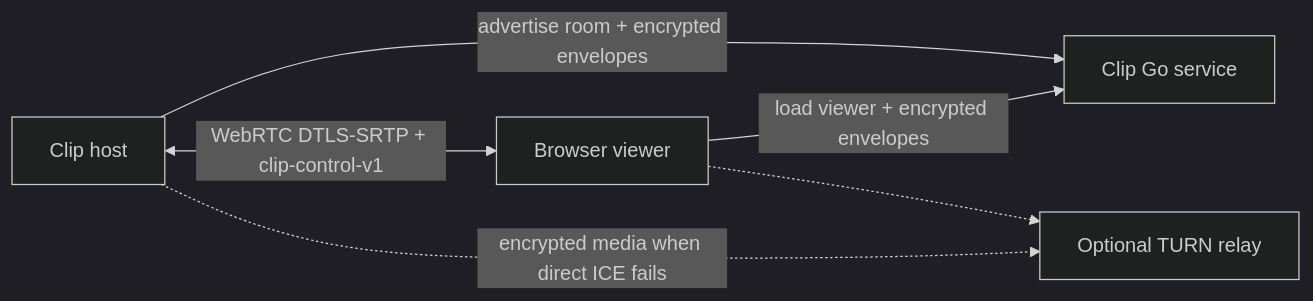
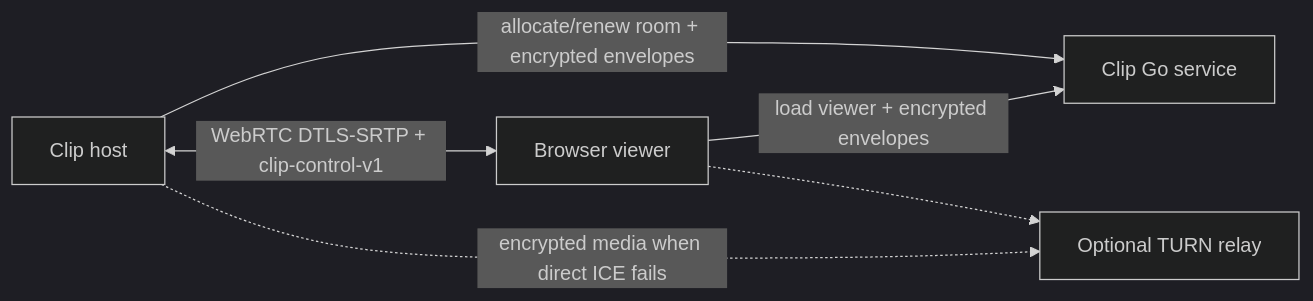
Before and after one commit to tomas-lejdung/Clip: the diagram in docs/live-share-architecture.md, drawn with Mermaid (dark theme). The commit also changed other lines of this file and 52 other files, not shown here.

````diff
--- a/docs/live-share-architecture.md
+++ b/docs/live-share-architecture.md
@@ -30,8 +30,8 @@
 ```mermaid
 flowchart LR
-    C["Clip host"] -->|"advertise room + encrypted envelopes"| S["Clip Go service"]
+    C["Clip host"] -->|"allocate/renew room + encrypted envelopes"| S["Clip Go service"]
     B["Browser viewer"] -->|"load viewer + encrypted envelopes"| S
     C <-->|"WebRTC DTLS-SRTP + clip-control-v1"| B
     C -.->|"encrypted media when direct ICE fails"| T["Optional TURN relay"]
     B -.-> T
 ```
````
